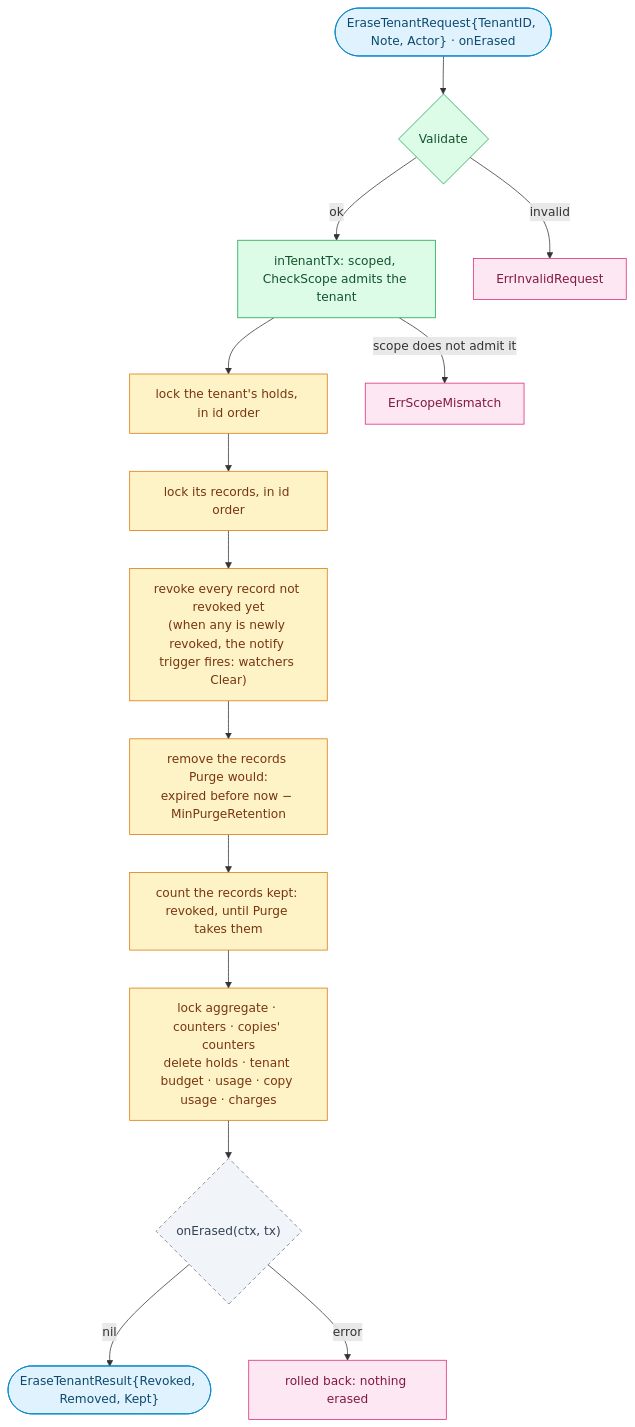
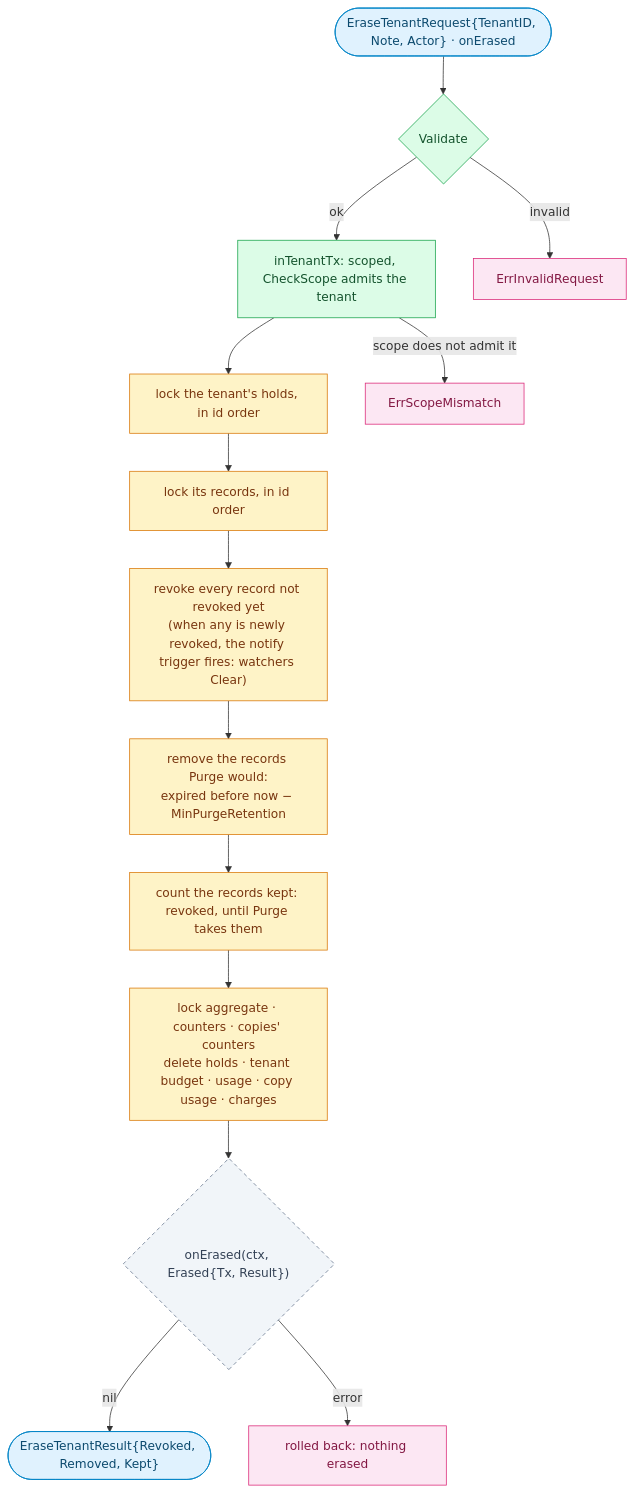
Diagram 13 of 13 in docs/diagrams.md (oleg-tkachuk/limes), drawn with Mermaid before and after one commit. The commit also changed 5 other files, not shown here.

````diff
--- a/docs/diagrams.md
+++ b/docs/diagrams.md
@@ -952,31 +952,31 @@
 ```mermaid
 flowchart TB
     req(["EraseTenantRequest{TenantID, Note, Actor} · onErased"])
     val{"Validate"}
     tx["inTenantTx: scoped, CheckScope admits the tenant"]
     holds["lock the tenant's holds, in id order"]
     recs["lock its records, in id order"]
     revoke["revoke every record not revoked yet<br/>(when any is newly revoked, the notify trigger fires: watchers Clear)"]
     remove["remove the records Purge would:<br/>expired before now − MinPurgeRetention"]
     kept["count the records kept: revoked, until Purge takes them"]
     usage["lock aggregate · counters · copies' counters<br/>delete holds · tenant budget · usage · copy usage · charges"]
-    cb{"onErased(ctx, tx)"}
+    cb{"onErased(ctx, Erased{Tx, Result})"}
     ok(["EraseTenantResult{Revoked, Removed, Kept}"])
     back["rolled back: nothing erased"]
 
     req --> val -- ok --> tx --> holds --> recs --> revoke --> remove --> kept --> usage --> cb -- nil --> ok
     val -- invalid --> inval["ErrInvalidRequest"]
     tx -- "scope does not admit it" --> mismatch["ErrScopeMismatch"]
     cb -- error --> back
 
     classDef client fill:#E0F2FE,stroke:#0284C7,color:#0C4A6E
     classDef role fill:#DCFCE7,stroke:#16A34A,color:#14532D
     classDef optional fill:#F1F5F9,stroke:#64748B,color:#334155,stroke-dasharray:5 4
     classDef store fill:#FEF3C7,stroke:#D97706,color:#78350F
     classDef external fill:#FCE7F3,stroke:#DB2777,color:#831843
     class req,ok client
     class val,tx role
     class cb optional
     class holds,recs,revoke,remove,kept,usage store
     class inval,mismatch,back external
 ```
````
